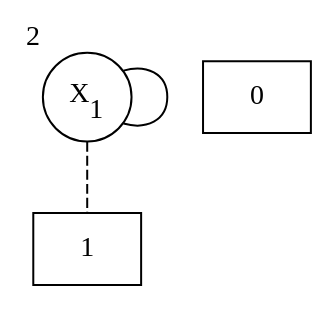
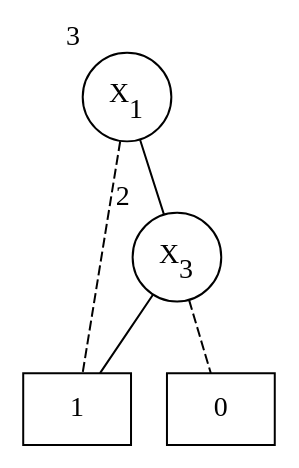
The diagram in src/img/test007.dot (oscarftoro/bandidoFSharp), drawn with Graphviz before and after one commit. The commit also changed 20 other files, not shown here.

```diff
--- a/src/img/test007.dot
+++ b/src/img/test007.dot
@@ -1,1 +1,1 @@
-graph { 1 [shape=box] 0 [shape=box]  2 [label=<X<SUB>1</SUB>>,shape=circle, xlabel=2]  2 -- 1 [style=dashed] 2 -- 2 }
+graph { 1 [shape=box] 0 [shape=box]  2 [label=<X<SUB>3</SUB>>,shape=circle, xlabel=2]  2 -- 0 [style=dashed] 2 -- 1  3 [label=<X<SUB>1</SUB>>,shape=circle, xlabel=3]  3 -- 1 [style=dashed] 3 -- 2 }
```
